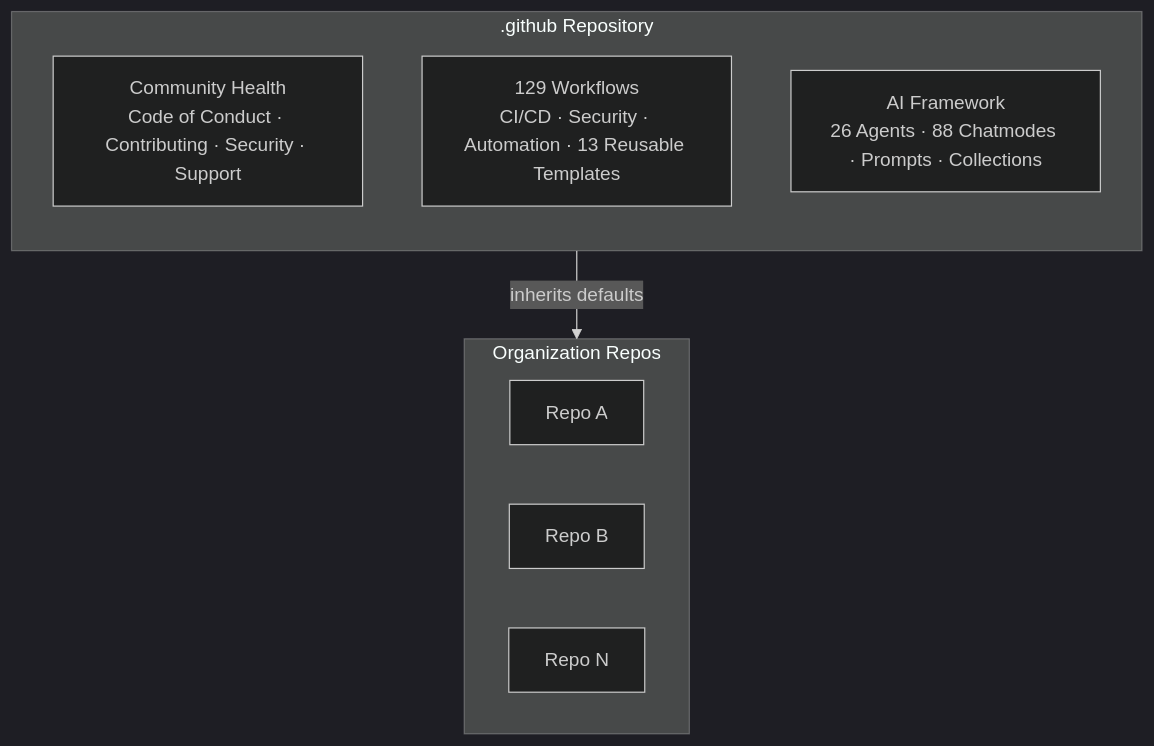
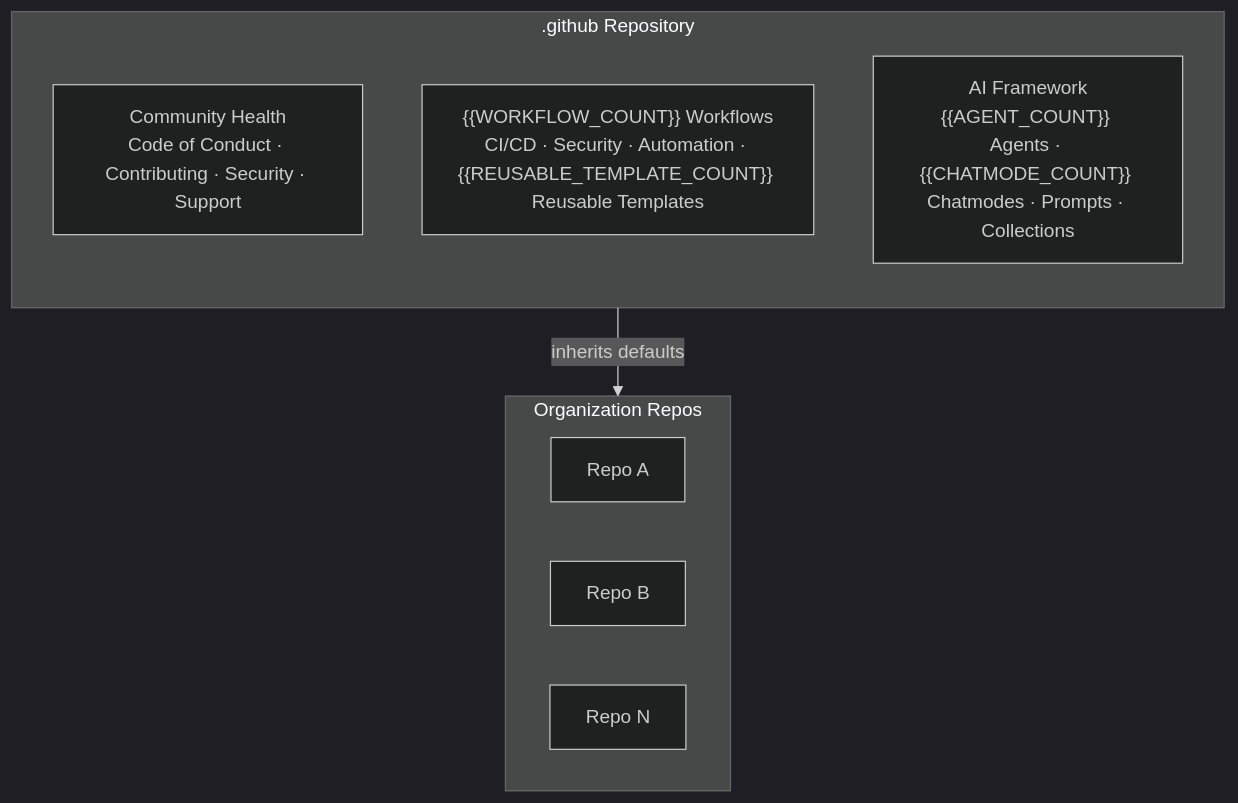
The diagram in README.md (ivviiviivvi/.github), drawn with Mermaid (dark theme) before and after one commit. The commit also changed other lines of this file and 116 other files, not shown here.

````diff
--- a/README.md
+++ b/README.md
@@ -55,15 +55,15 @@
 ```mermaid
 graph TB
     subgraph dotgithub[".github Repository"]
         direction TB
         governance["Community Health<br/>Code of Conduct · Contributing · Security · Support"]
-        workflows["129 Workflows<br/>CI/CD · Security · Automation · 13 Reusable Templates"]
-        ai["AI Framework<br/>26 Agents · 88 Chatmodes · Prompts · Collections"]
+        workflows["{{WORKFLOW_COUNT}} Workflows<br/>CI/CD · Security · Automation · {{REUSABLE_TEMPLATE_COUNT}} Reusable Templates"]
+        ai["AI Framework<br/>{{AGENT_COUNT}} Agents · {{CHATMODE_COUNT}} Chatmodes · Prompts · Collections"]
     end
     subgraph org["Organization Repos"]
         R1[Repo A]
         R2[Repo B]
         R3[Repo N]
     end
     dotgithub -->|inherits defaults| org
 ```
````
